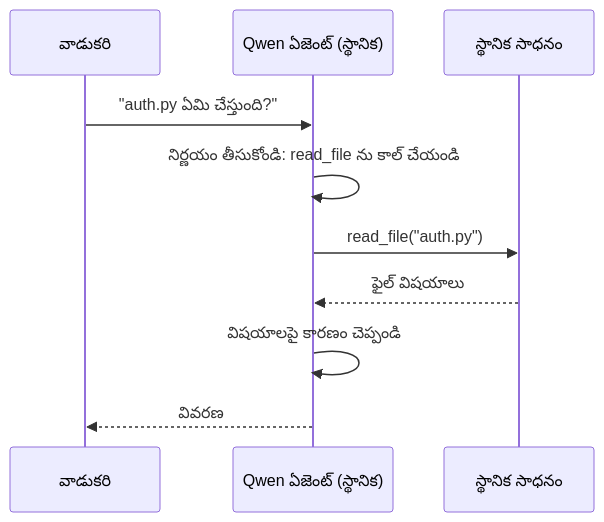
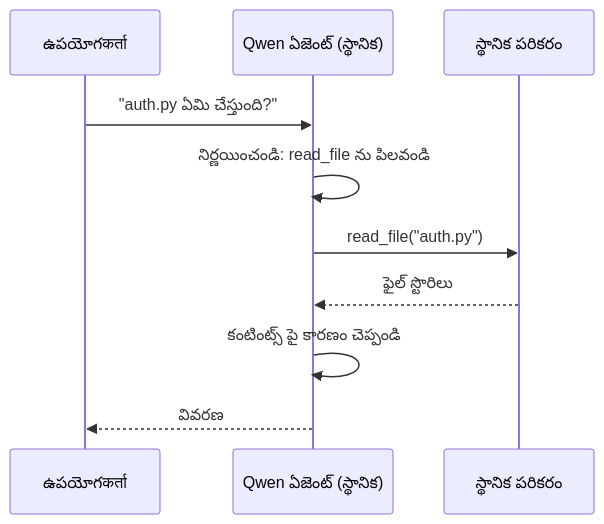
Before and after one commit to gabrielmoreira/agent-skills-mirror: the second of 4 diagrams in mirrors/repos/microsoft@ai-agents-for-beginners/translations/te/17-creating-local-ai-agents/README.md, drawn with Mermaid. The commit also changed other lines of this file and 4262 other files, not shown here.

````diff
--- a/mirrors/repos/microsoft@ai-agents-for-beginners/translations/te/17-creating-local-ai-agents/README.md
+++ b/mirrors/repos/microsoft@ai-agents-for-beginners/translations/te/17-creating-local-ai-agents/README.md
@@ -106,12 +106,12 @@
 ```mermaid
 sequenceDiagram
-    participant U as వాడుకరి
+    participant U as ఉపయోగकर्ता
     participant A as Qwen ఏజెంట్ (స్థానిక)
-    participant T as స్థానిక సాధనం
+    participant T as స్థానిక పరికరం
     U->>A: "auth.py ఏమి చేస్తుంది?"
-    A->>A: నిర్ణయం తీసుకోండి: read_file ను కాల్ చేయండి
+    A->>A: నిర్ణయించండి: read_file ను పిలవండి
     A->>T: read_file("auth.py")
-    T-->>A: ఫైల్ విషయాలు
-    A->>A: విషయాలపై కారణం చెప్పండి
+    T-->>A: ఫైల్ స్టొరిలు
+    A->>A: కంటింట్స్ పై కారణం చెప్పండి
     A-->>U: వివరణ
 ```
````
